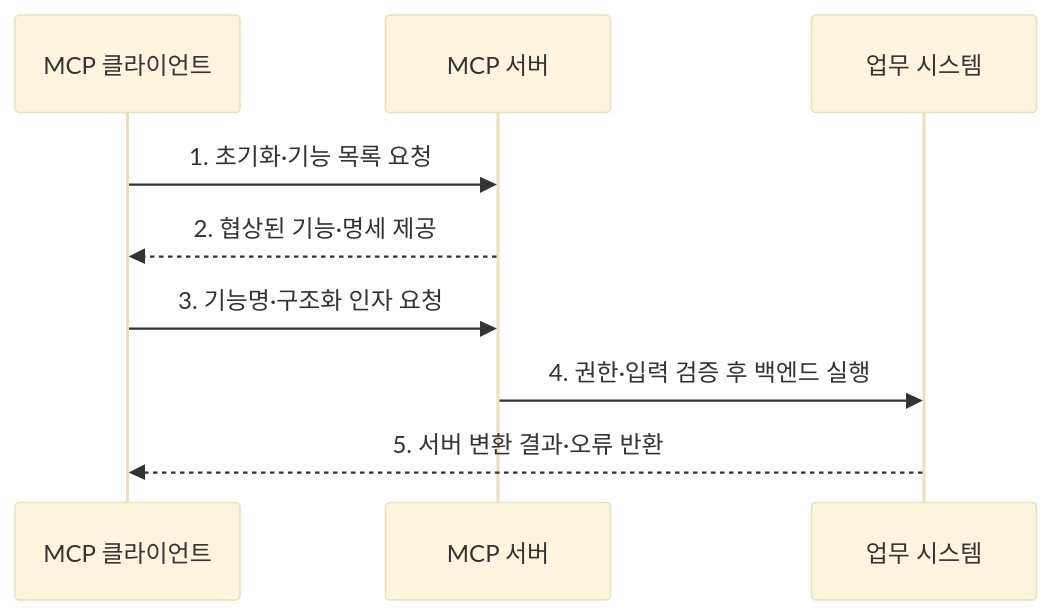
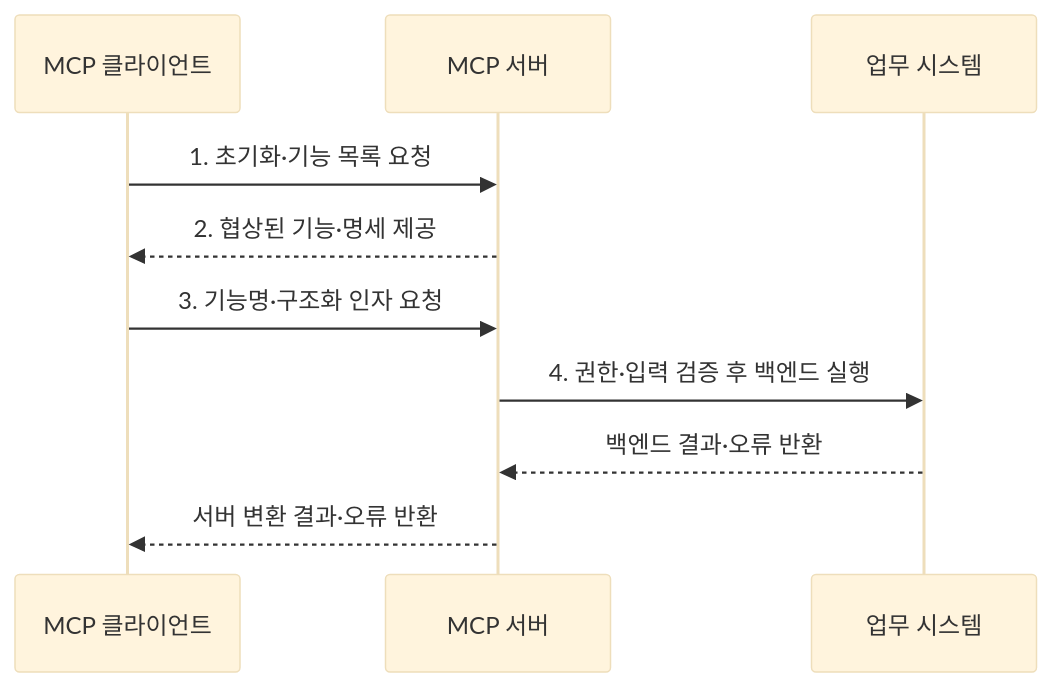
One commit to agnusdei1207/knowledge-base changed the second of 2 diagrams in src/content/docs/notes/08-latest-tech/007_mcp_server.md. Above: the diagram before and after it, drawn with Mermaid (base theme). The commit also changed other lines of this file and 225 other files, not shown here.

````diff
--- a/src/content/docs/notes/08-latest-tech/007_mcp_server.md
+++ b/src/content/docs/notes/08-latest-tech/007_mcp_server.md
@@ -78,11 +78,12 @@
 ```mermaid
 sequenceDiagram
     participant C as MCP 클라이언트
     participant S as MCP 서버
     participant B as 업무 시스템
     C->>S: 1. 초기화·기능 목록 요청
     S-->>C: 2. 협상된 기능·명세 제공
     C->>S: 3. 기능명·구조화 인자 요청
     S->>B: 4. 권한·입력 검증 후 백엔드 실행
-    B-->>C: 5. 서버 변환 결과·오류 반환
+    B-->>S: 백엔드 결과·오류 반환
+    S-->>C: 서버 변환 결과·오류 반환
 ```
````
